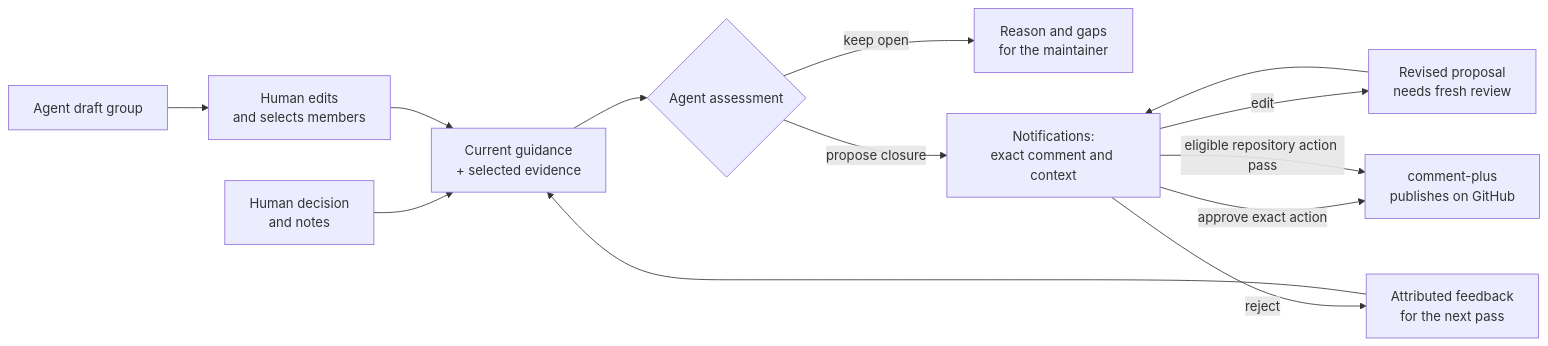
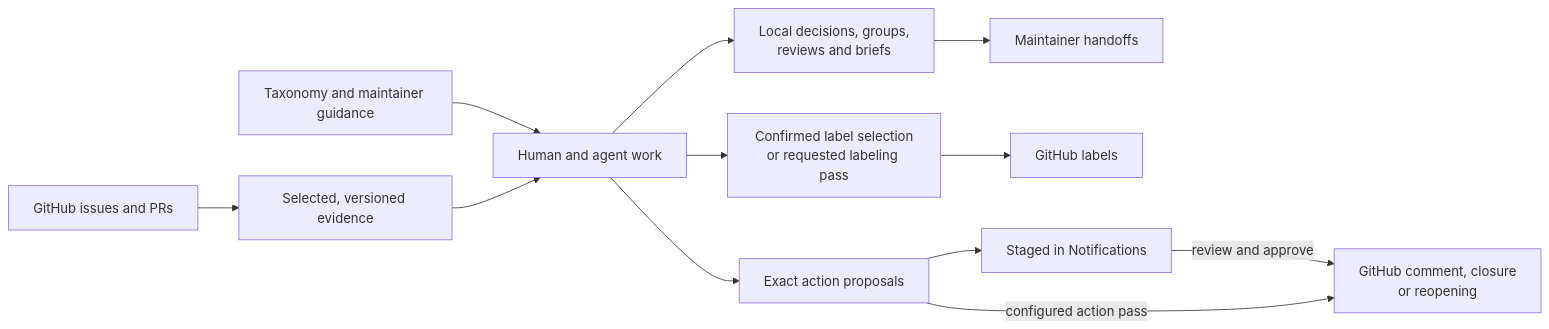
The diagram in README.md (EFrMG/triage-o-mator), drawn with Mermaid before and after one commit. The commit also changed other lines of this file, not shown here.

Commit message:
README text

````diff
--- a/README.md
+++ b/README.md
@@ -41,12 +41,12 @@
 ```mermaid
 flowchart LR
-    HUMAN["Human decision<br/>and notes"] --> CONTEXT["Current guidance<br/>+ selected evidence"]
-    GROUP["Agent draft group"] --> EDIT["Human edits<br/>and selects members"] --> CONTEXT
-    CONTEXT --> AGENT{"Agent assessment"}
-    AGENT -->|"keep open"| OPEN["Reason and gaps<br/>for the maintainer"]
-    AGENT -->|"propose closure"| NOTICE["Notifications:<br/>exact comment and context"]
-    NOTICE -->|"edit"| REVIEW["Revised proposal<br/>needs fresh review"] --> NOTICE
-    NOTICE -->|"reject"| FEEDBACK["Attributed feedback<br/>for the next pass"] --> CONTEXT
-    NOTICE -->|"approve exact action"| WRITE["comment-plus<br/>publishes on GitHub"]
-    NOTICE -->|"eligible repository action pass"| WRITE
+    SOURCE["GitHub issues and PRs"] --> EVIDENCE["Selected, versioned evidence"]
+    GUIDANCE["Taxonomy and maintainer guidance"] --> WORK["Human and agent work"]
+    EVIDENCE --> WORK
+    WORK --> LOCAL["Local decisions, groups,<br/>reviews and briefs"]
+    LOCAL --> HANDOFF["Maintainer handoffs"]
+    WORK --> LABELS["Confirmed label selection<br/>or requested labeling pass"] --> LABEL_WRITE["GitHub labels"]
+    WORK --> PROPOSALS["Exact action proposals"] --> STAGED["Staged in Notifications"]
+    STAGED -->|"review and approve"| ACTION_WRITE["GitHub comment, closure<br/>or reopening"]
+    PROPOSALS -->|"configured action pass"| ACTION_WRITE
 ```
````
